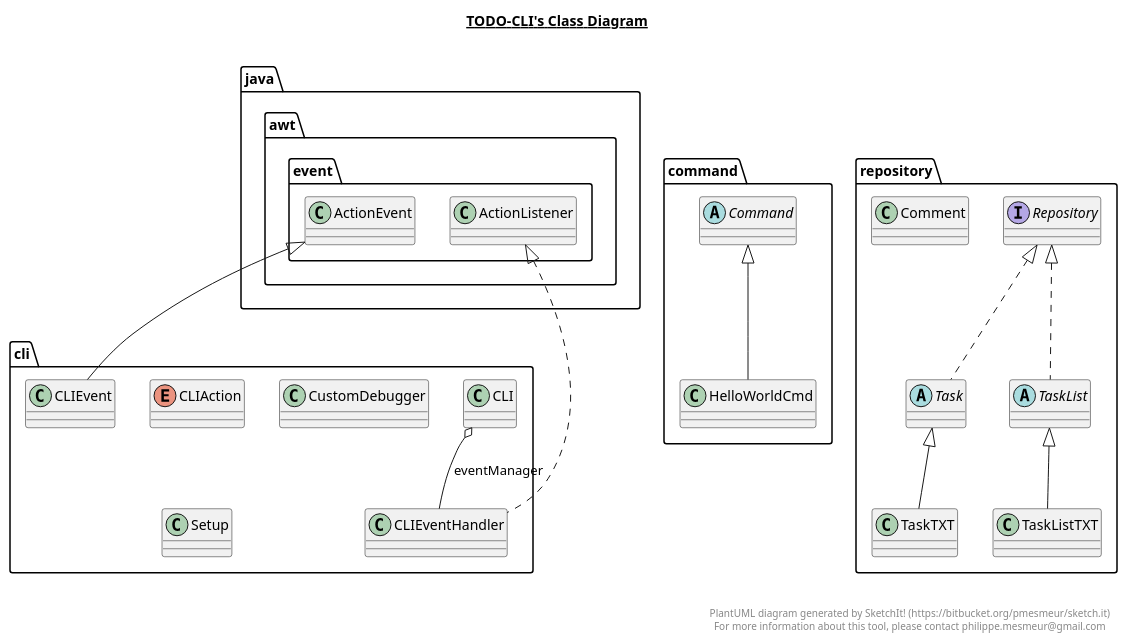
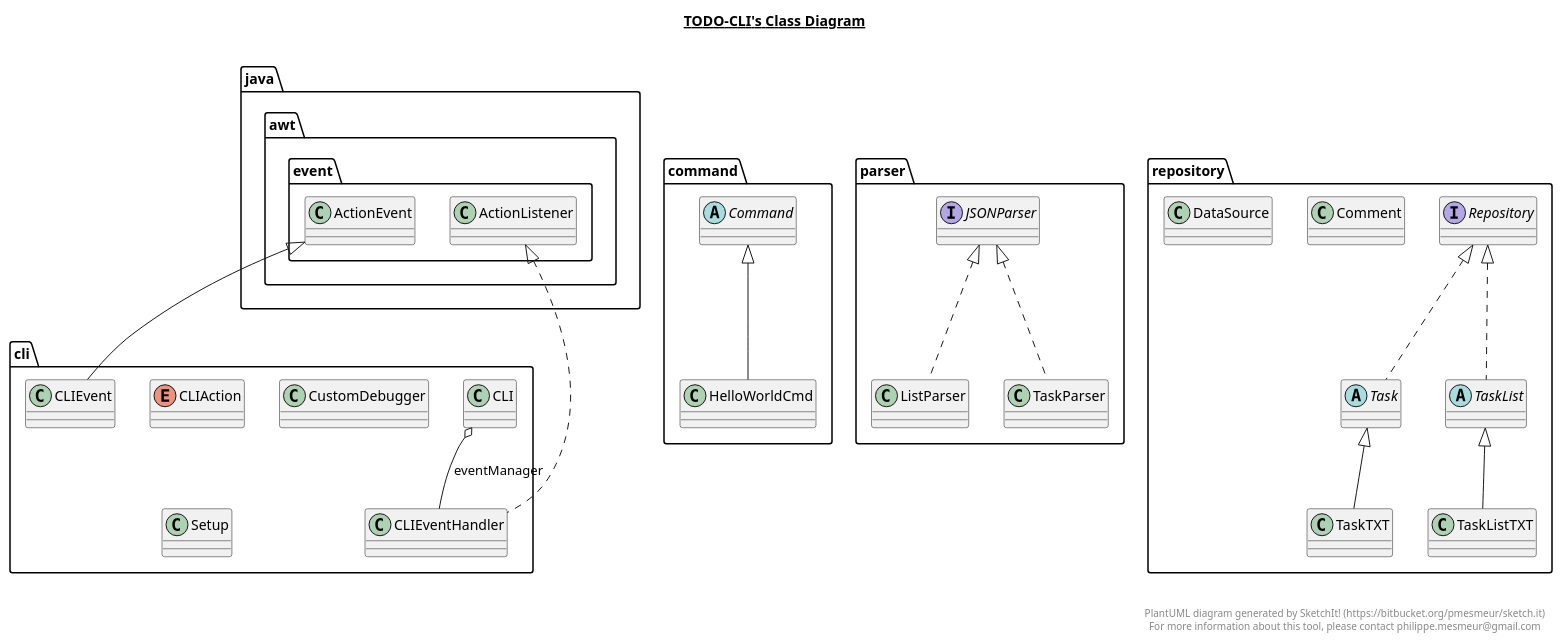
The diagram in todo-cli.plantuml (Dieunelson-Dorcelus/todo-cli), drawn with PlantUML before and after one commit. The commit also changed 7 other files, not shown here.

```diff
--- a/todo-cli.plantuml
+++ b/todo-cli.plantuml
@@ -1,106 +1,132 @@
 @startuml
 
 title __TODO-CLI's Class Diagram__\n
 
   namespace cli {
     class cli.CLI {
     }
   }
   
 
   namespace cli {
     enum CLIAction {
     }
   }
   
 
   namespace cli {
     class cli.CLIEvent {
     }
   }
   
 
   namespace cli {
     class cli.CLIEventHandler {
     }
   }
   
 
   namespace cli {
     class cli.CustomDebugger {
     }
   }
   
 
   namespace cli {
     class cli.Setup {
     }
   }
   
 
   namespace command {
     abstract class command.Command {
     }
   }
   
 
   namespace command {
     class command.HelloWorldCmd {
     }
   }
   
 
+  namespace parser {
+    interface parser.JSONParser {
+    }
+  }
+  
+
+  namespace parser {
+    class parser.ListParser {
+    }
+  }
+  
+
+  namespace parser {
+    class parser.TaskParser {
+    }
+  }
+  
+
   namespace repository {
     class repository.Comment {
+    }
+  }
+  
+
+  namespace repository {
+    class repository.DataSource {
     }
   }
   
 
   namespace repository {
     interface repository.Repository {
     }
   }
   
 
   namespace repository {
     abstract class repository.Task {
     }
   }
   
 
   namespace repository {
     abstract class repository.TaskList {
     }
   }
   
 
   namespace repository {
     class repository.TaskListTXT {
     }
   }
   
 
   namespace repository {
     class repository.TaskTXT {
     }
   }
   
 
   cli.CLI o-- cli.CLIEventHandler : eventManager
   cli.CLIEvent -up-|> java.awt.event.ActionEvent
   cli.CLIEventHandler .up.|> java.awt.event.ActionListener
   command.HelloWorldCmd -up-|> command.Command
+  parser.ListParser .up.|> parser.JSONParser
+  parser.TaskParser .up.|> parser.JSONParser
   repository.Task .up.|> repository.Repository
   repository.TaskList .up.|> repository.Repository
   repository.TaskListTXT -up-|> repository.TaskList
   repository.TaskTXT -up-|> repository.Task
 
 
 right footer
 
 
 PlantUML diagram generated by SketchIt! (https://bitbucket.org/pmesmeur/sketch.it)
 For more information about this tool, please contact philippe.mesmeur@gmail.com
 endfooter
 
 @enduml
```
